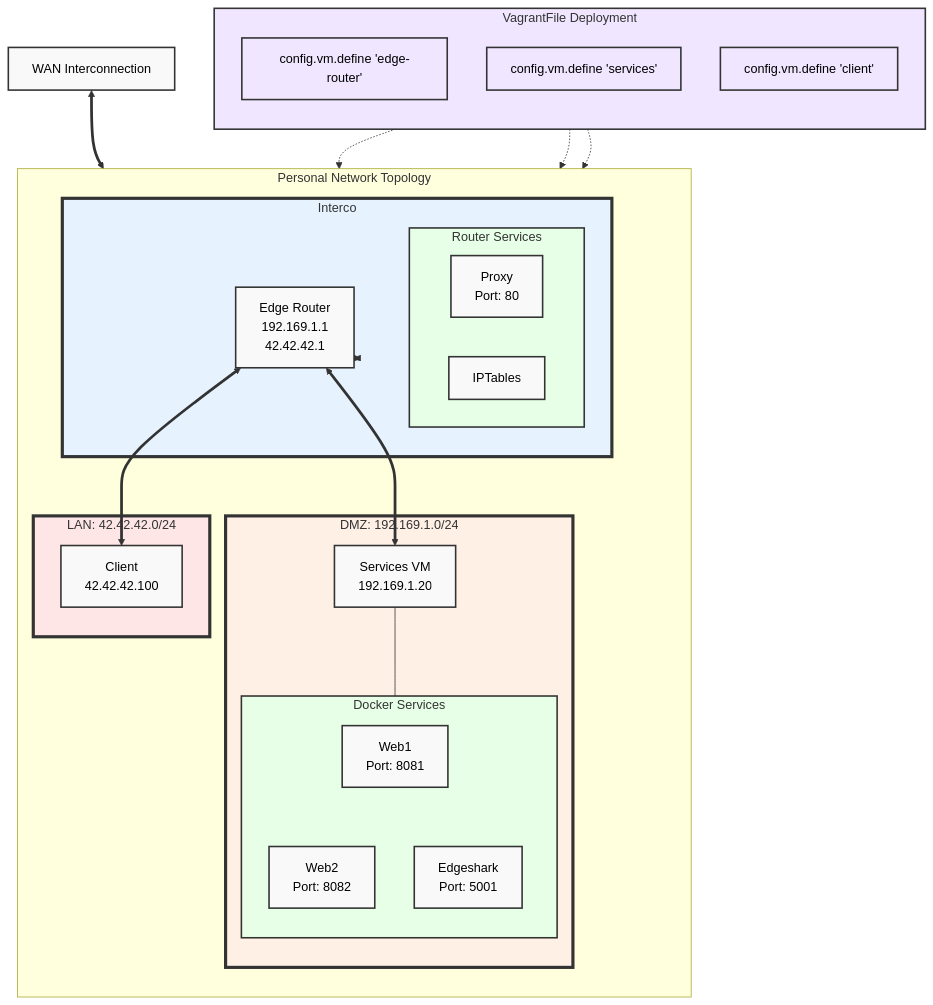
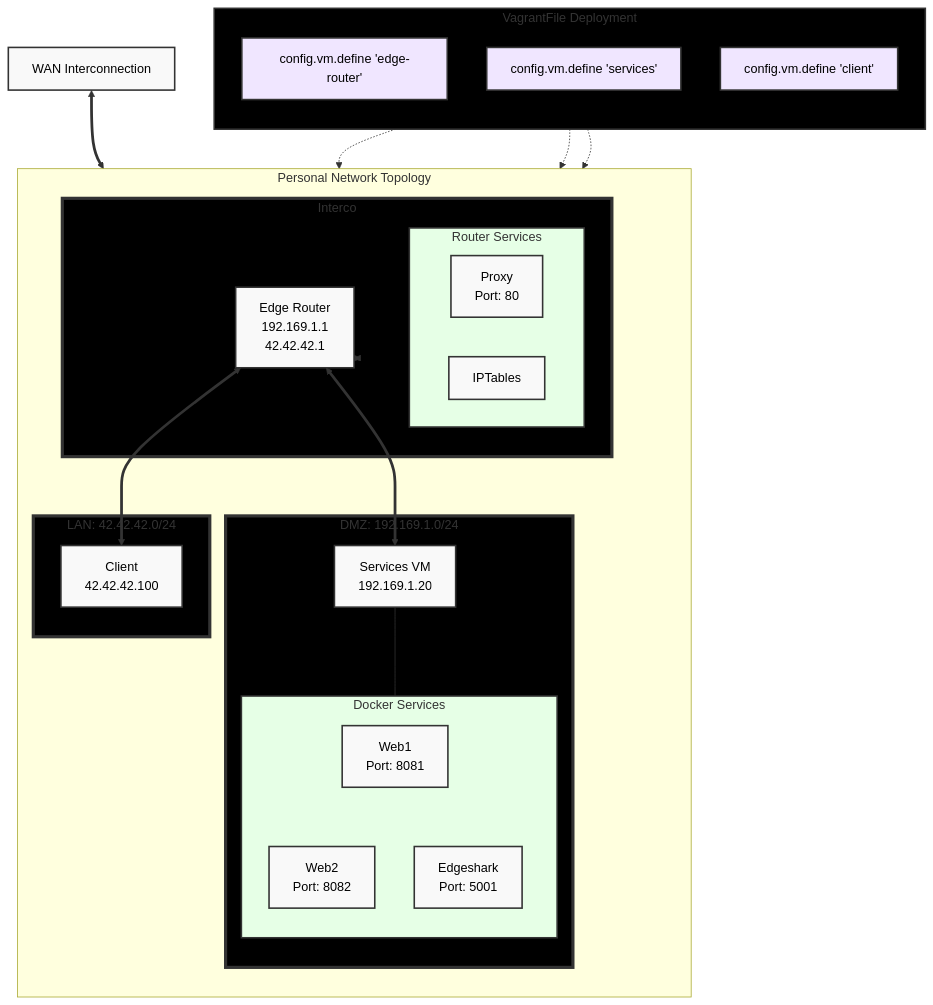
Before and after one commit to P4C-M4N/projet_reseau: the diagram in README.md, drawn with Mermaid.

````diff
--- a/README.md
+++ b/README.md
@@ -41,55 +41,55 @@
 ```mermaid
 graph TB
     subgraph VagrantFile[VagrantFile Deployment]
         direction TB
-        style VagrantFile fill:#f0e6ff,stroke:#333,stroke-width:2px
+        style VagrantFile fill:#000000,stroke:#333,stroke-width:2px
         VF1["config.vm.define 'edge-router'"]
         VF2["config.vm.define 'services'"]
         VF3["config.vm.define 'client'"]
     end
 
     subgraph PersonalNetwork[Personal Network Topology]
         direction TB
         subgraph Interco[Interco]
-            style Interco fill:#e6f3ff,stroke:#333,stroke-width:4px
+            style Interco fill:#000000,stroke:#333,stroke-width:4px
             EdgeRouter[Edge Router<br>192.169.1.1<br>42.42.42.1]
             subgraph RouterServices[Router Services]
                 style RouterServices fill:#e6ffe6,stroke:#333,stroke-width:2px
                 NginxReverseProxy["Proxy<br>Port: 80"]
                 IPTables["IPTables"]
             end
         end
 
         subgraph DMZ[DMZ: 192.169.1.0/24]
-            style DMZ fill:#fff0e6,stroke:#333,stroke-width:4px
+            style DMZ fill:#000000,stroke:#333,stroke-width:4px
             Services[Services VM<br>192.169.1.20]
             subgraph DockerServices[Docker Services]
                 style DockerServices fill:#e6ffe6,stroke:#333,stroke-width:2px
                 Web1["Web1<br>Port: 8081"]
                 Web2["Web2<br>Port: 8082"]
                 Edgeshark["Edgeshark<br>Port: 5001"]
             end
         end
 
         subgraph LAN[LAN: 42.42.42.0/24]
-            style LAN fill:#ffe6e6,stroke:#333,stroke-width:4px
+            style LAN fill:#000000,stroke:#333,stroke-width:4px
             Client[Client<br>42.42.42.100]
         end
     end
 
     WAN[WAN Interconnection]
 
     Interco <==> EdgeRouter
     EdgeRouter <==> Client
     EdgeRouter <==> Services
     Services --- DockerServices
     DockerServices --- Web1 & Web2 & Edgeshark
     VF1 -.-> EdgeRouter
     VF2 -.-> Services
     VF3 -.-> Client
     WAN <==> EdgeRouter
 
     classDef default fill:#f9f9f9,stroke:#333,stroke-width:2px,color:black;
     classDef vagrantFile fill:#f0e6ff,stroke:#333,stroke-width:2px,color:black;
     class VF1,VF2,VF3 vagrantFile;
 ```
````
